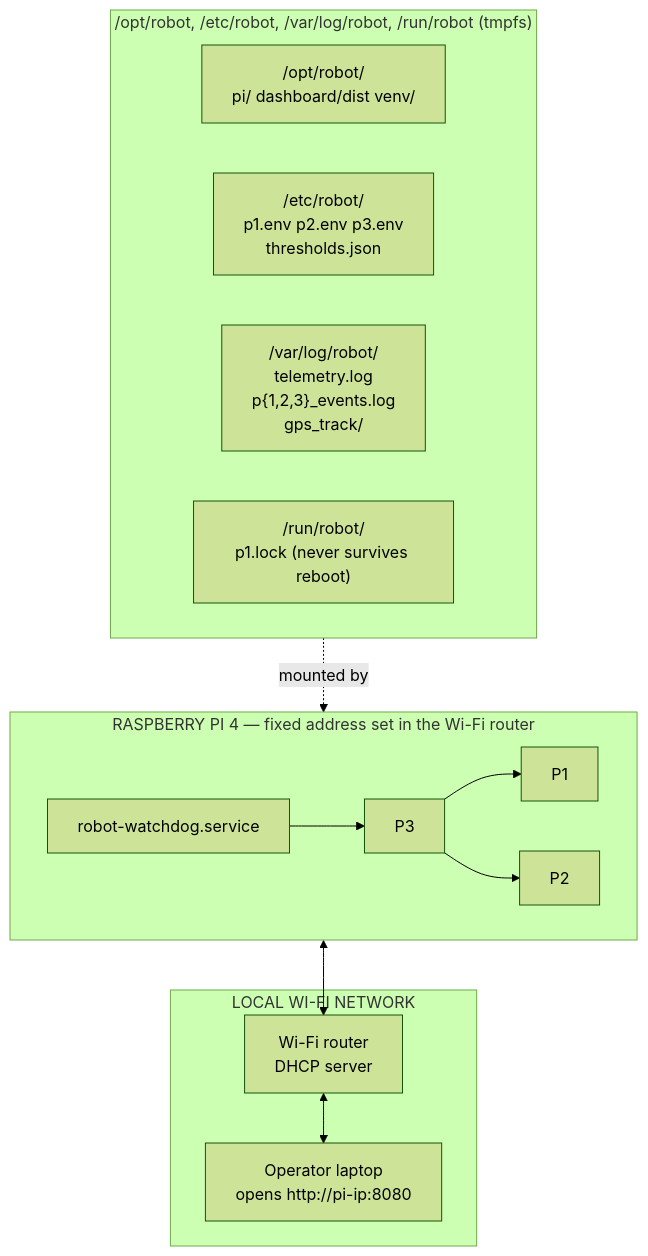
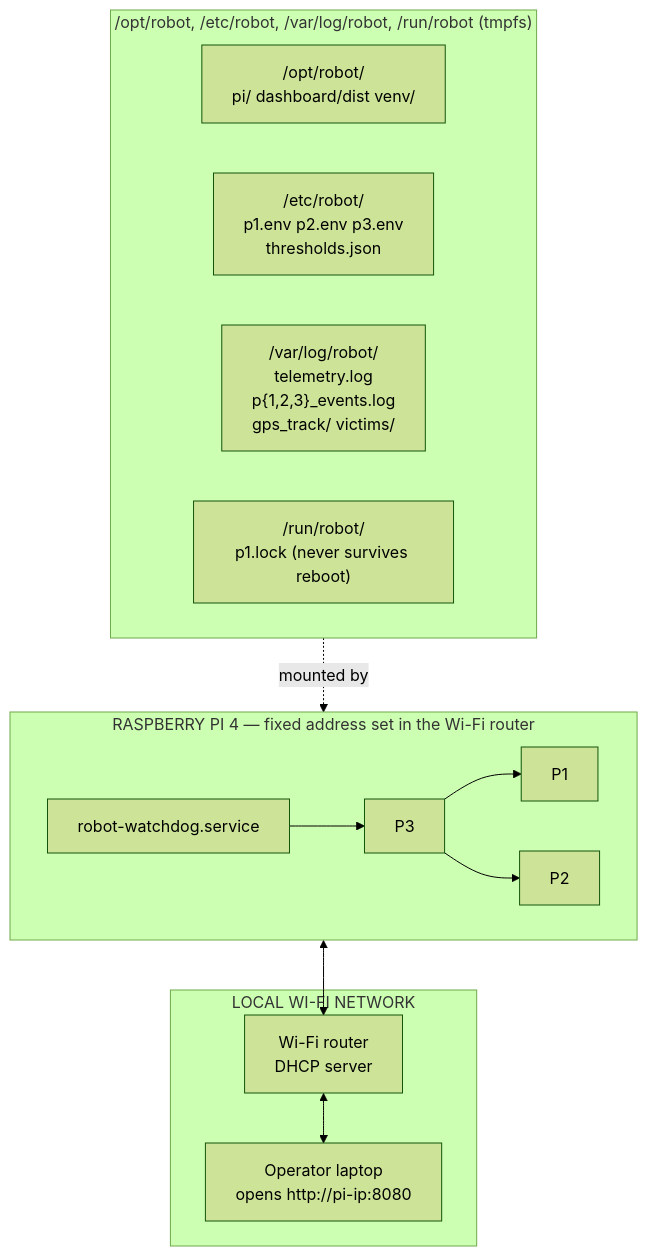
Diagram 12 of 18 in docs/ARCHITECTURE.md (baiust999/robort-code-from-pi), drawn with Mermaid (forest theme) before and after one commit. The commit also changed other lines of this file and 26 other files, not shown here.

````diff
--- a/docs/ARCHITECTURE.md
+++ b/docs/ARCHITECTURE.md
@@ -525,22 +535,22 @@
 ```mermaid
 flowchart TB
     subgraph fs["/opt/robot, /etc/robot, /var/log/robot, /run/robot (tmpfs)"]
         opt["/opt/robot/<br/>pi/ dashboard/dist venv/"]
         etc["/etc/robot/<br/>p1.env p2.env p3.env<br/>thresholds.json"]
-        log["/var/log/robot/<br/>telemetry.log<br/>p{1,2,3}_events.log<br/>gps_track/"]
+        log["/var/log/robot/<br/>telemetry.log<br/>p{1,2,3}_events.log<br/>gps_track/ victims/"]
         run["/run/robot/<br/>p1.lock (never survives reboot)"]
     end
 
     subgraph pi4["RASPBERRY PI 4 — fixed address set in the Wi-Fi router"]
         svc["robot-watchdog.service"] --> p3s["P3"] --> p1s["P1"] & p2s["P2"]
     end
 
     subgraph lan["LOCAL WI-FI NETWORK"]
         n1["Wi-Fi router<br/>DHCP server"]
         op["Operator laptop<br/>opens http://pi-ip:8080"]
     end
 
     fs -.mounted by.-> pi4
     pi4 <--> n1
     n1 <--> op
 ```
````
